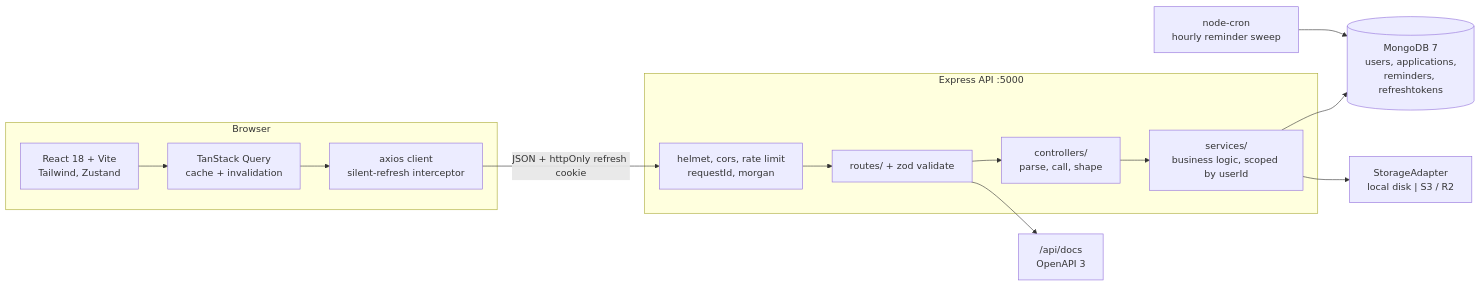
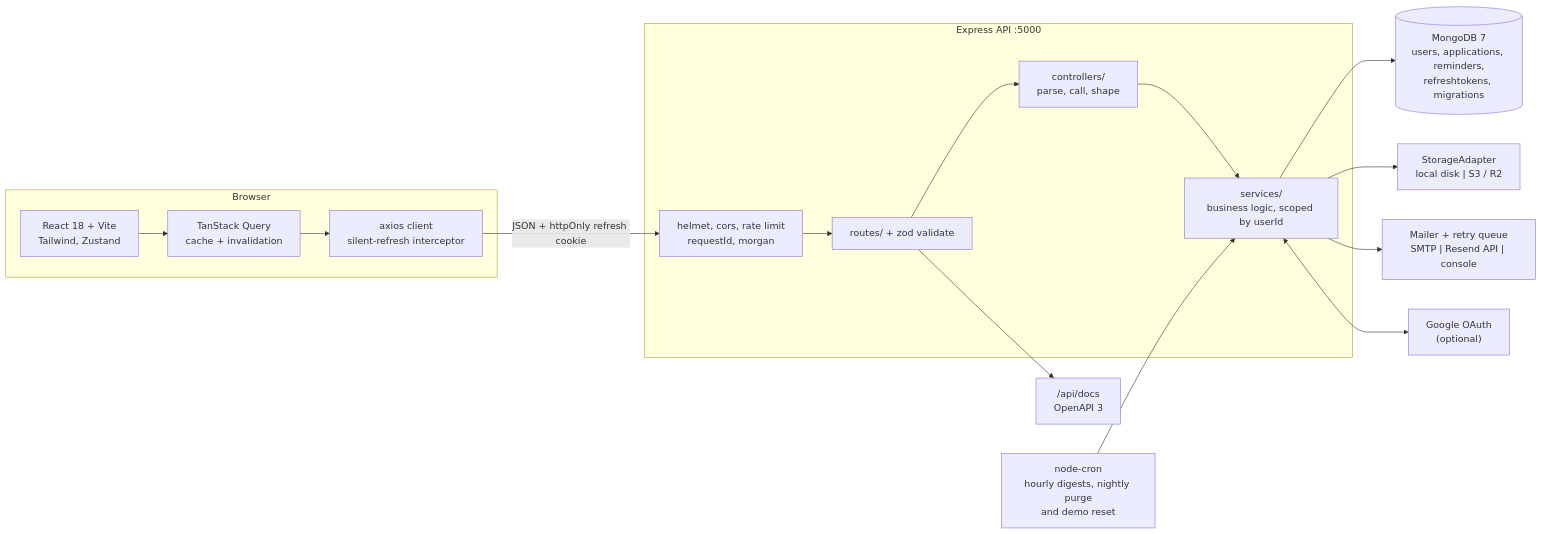
Before and after one commit to naabelverse/internship-tracker: the first of 2 diagrams in README.md, drawn with Mermaid. The commit also changed other lines of this file and 1 other file, not shown here.

````diff
--- a/README.md
+++ b/README.md
@@ -120,28 +145,32 @@
 ```mermaid
 flowchart LR
     subgraph Browser
         UI["React 18 + Vite<br/>Tailwind, Zustand"]
         RQ["TanStack Query<br/>cache + invalidation"]
         AX["axios client<br/>silent-refresh interceptor"]
         UI --> RQ --> AX
     end
 
     subgraph API["Express API :5000"]
         MW["helmet, cors, rate limit<br/>requestId, morgan"]
         RT["routes/ + zod validate"]
         CT["controllers/<br/>parse, call, shape"]
         SV["services/<br/>business logic, scoped by userId"]
         MW --> RT --> CT --> SV
     end
 
-    DB[("MongoDB 7<br/>users, applications,<br/>reminders, refreshtokens")]
+    DB[("MongoDB 7<br/>users, applications, reminders,<br/>refreshtokens, migrations")]
     ST["StorageAdapter<br/>local disk | S3 / R2"]
-    CR["node-cron<br/>hourly reminder sweep"]
+    ML["Mailer + retry queue<br/>SMTP | Resend API | console"]
+    CR["node-cron<br/>hourly digests, nightly purge<br/>and demo reset"]
+    GO["Google OAuth<br/>(optional)"]
     DOC["/api/docs<br/>OpenAPI 3"]
 
     AX -- "JSON + httpOnly refresh cookie" --> MW
     SV --> DB
     SV --> ST
-    CR --> DB
+    SV --> ML
+    SV <--> GO
+    CR --> SV
     RT --> DOC
 ```
````
